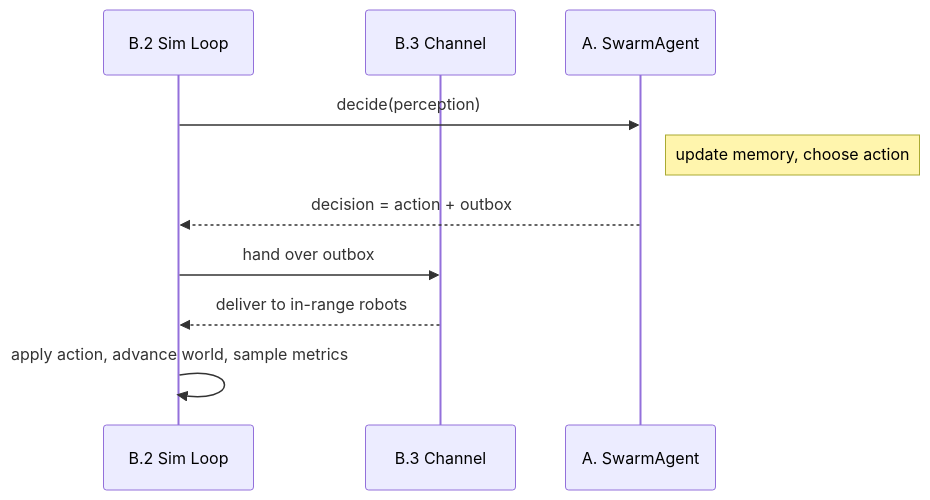
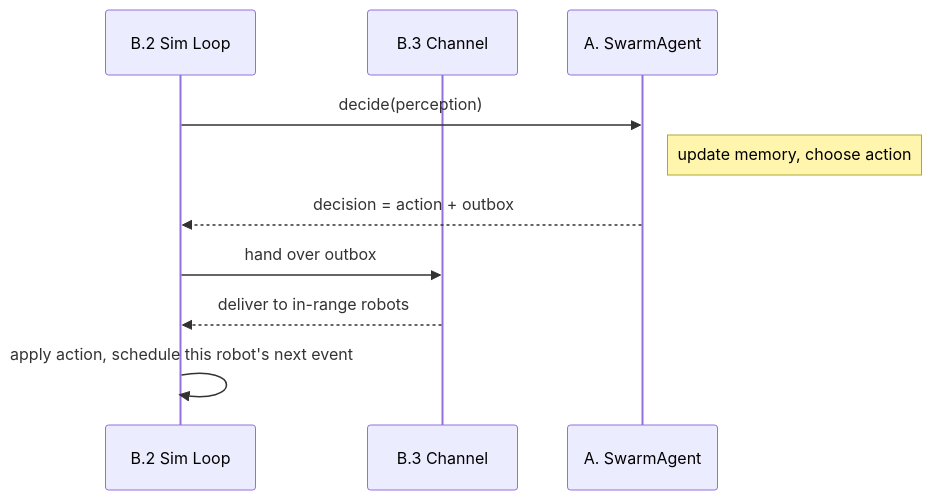
One commit to TychoGrapendaal/JIP_Swarm_Field changed the second of 4 diagrams in docs/system-decomposition.md. Above: the diagram before and after it, drawn with Mermaid. The commit also changed other lines of this file and 19 other files, not shown here.

````diff
--- a/docs/system-decomposition.md
+++ b/docs/system-decomposition.md
@@ -373,12 +372,12 @@
 ```mermaid
 sequenceDiagram
     participant SL as B.2 Sim Loop
     participant CH as B.3 Channel
     participant AG as A. SwarmAgent
     SL->>AG: decide(perception)
     Note right of AG: update memory, choose action
     AG-->>SL: decision = action + outbox
     SL->>CH: hand over outbox
     CH-->>SL: deliver to in-range robots
-    SL->>SL: apply action, advance world, sample metrics
+    SL->>SL: apply action, schedule this robot's next event
 ```
````
